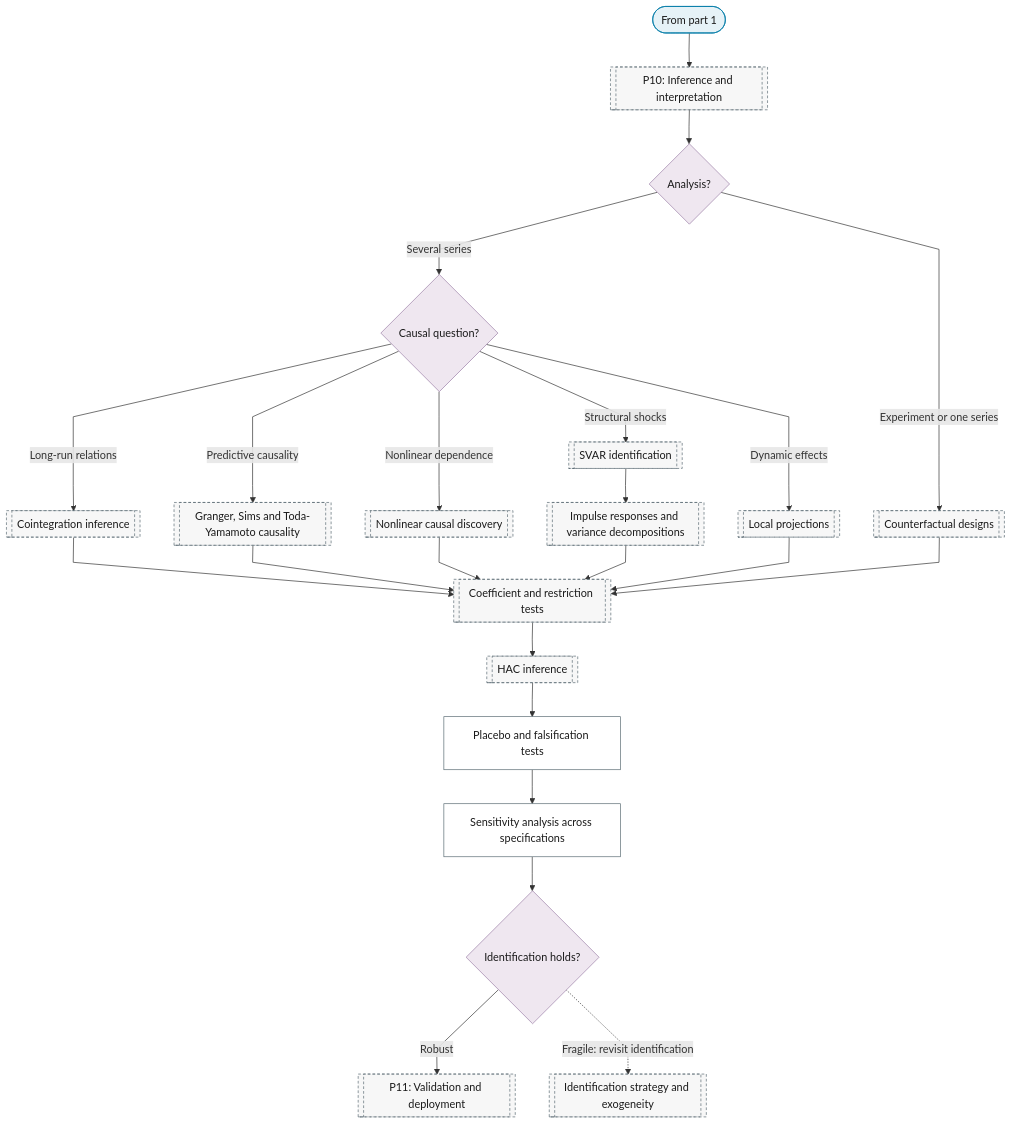
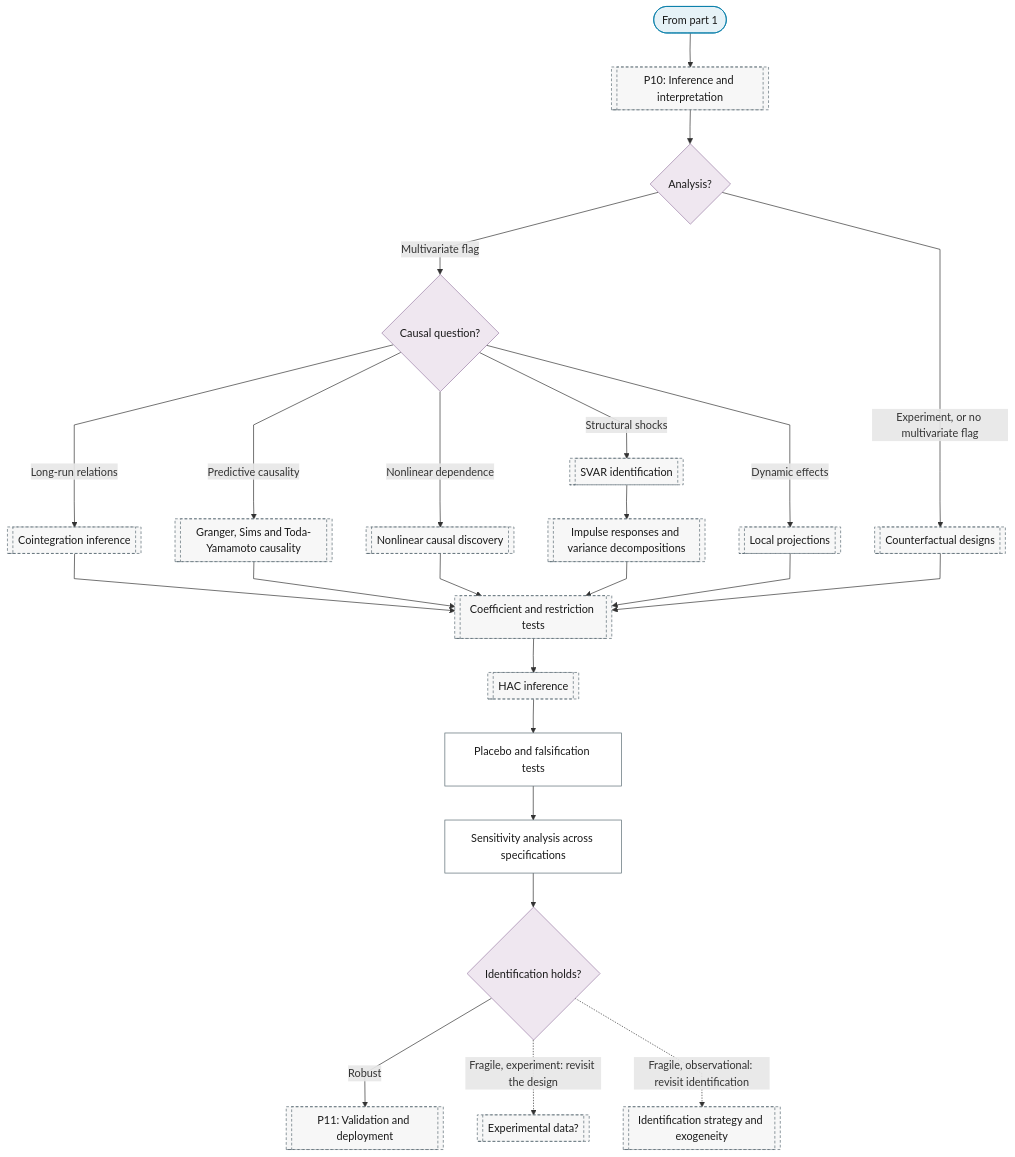
One commit to Shuxin-Y/time-series-analysis-manual changed the second of 2 diagrams in docs/01-workflow/p02-purpose/02-causal-inference.md. Above: the diagram before and after it, drawn with Mermaid.

Commit message:
fix(flowchart): causal analysis and fragile verdicts follow the path taken (rev1 R2-4)
The analysis diamond reads 'Experiment, or no multivariate flag' or
'Multivariate flag'. A fragile verdict loops to the design question on
the experiment path and to identification on the observational path.

````diff
--- a/docs/01-workflow/p02-purpose/02-causal-inference.md
+++ b/docs/01-workflow/p02-purpose/02-causal-inference.md
@@ -48,34 +48,35 @@
 ```mermaid
 %%{init: {"flowchart": {"curve": "linear"}}}%%
 graph TD
     P2_CA_PART_2_IN(["From part 1"]) --> P10[["P10: Inference and interpretation"]]
     P10 --> P2_CA_ANALYSIS{"Analysis?"}
-    P2_CA_ANALYSIS -->|"Experiment or one series"| P10_COUNTERFACTUALS[["Counterfactual designs"]]
-    P2_CA_ANALYSIS -->|"Several series"| P2_CA_QUESTION{"Causal question?"}
+    P2_CA_ANALYSIS -->|"Experiment, or no multivariate flag"| P10_COUNTERFACTUALS[["Counterfactual designs"]]
+    P2_CA_ANALYSIS -->|"Multivariate flag"| P2_CA_QUESTION{"Causal question?"}
     P2_CA_QUESTION -->|"Long-run relations"| P10_COINTEGRATION[["Cointegration inference"]]
     P2_CA_QUESTION -->|"Predictive causality"| P10_GRANGER[["Granger, Sims and Toda-Yamamoto causality"]]
     P2_CA_QUESTION -->|"Nonlinear dependence"| P10_NONLINEAR_CAUSALITY[["Nonlinear causal discovery"]]
     P2_CA_QUESTION -->|"Structural shocks"| P10_SVAR_IDENTIFICATION[["SVAR identification"]]
     P2_CA_QUESTION -->|"Dynamic effects"| P10_LOCAL_PROJECTIONS[["Local projections"]]
     P10_SVAR_IDENTIFICATION --> P10_IRF_FEVD[["Impulse responses and variance decompositions"]]
     P10_COINTEGRATION & P10_GRANGER & P10_NONLINEAR_CAUSALITY & P10_IRF_FEVD --> P10_COEFFICIENT_TESTS[["Coefficient and restriction tests"]]
     P10_LOCAL_PROJECTIONS & P10_COUNTERFACTUALS --> P10_COEFFICIENT_TESTS
     P10_COEFFICIENT_TESTS --> P10_HAC[["HAC inference"]]
     P10_HAC --> P2_CA_PLACEBO["Placebo and falsification tests"]
     P2_CA_PLACEBO --> P2_CA_SENSITIVITY["Sensitivity analysis across specifications"]
     P2_CA_SENSITIVITY --> P2_CA_VERDICT{"Identification holds?"}
     P2_CA_VERDICT -->|"Robust"| P11[["P11: Validation and deployment"]]
-    P2_CA_VERDICT -.->|"Fragile: revisit identification"| P2_CA_IDENTIFICATION[["Identification strategy and exogeneity"]]
+    P2_CA_VERDICT -.->|"Fragile, experiment: revisit the design"| P2_CA_DESIGN[["Experimental data?"]]
+    P2_CA_VERDICT -.->|"Fragile, observational: revisit identification"| P2_CA_IDENTIFICATION[["Identification strategy and exogeneity"]]
     class P2_CA_PART_2_IN terminator
     class P2_CA_ANALYSIS,P2_CA_QUESTION,P2_CA_VERDICT decision
     class P2_CA_PLACEBO,P2_CA_SENSITIVITY process
-    class P10,P10_COUNTERFACTUALS,P10_COINTEGRATION,P10_GRANGER,P10_NONLINEAR_CAUSALITY,P10_SVAR_IDENTIFICATION,P10_LOCAL_PROJECTIONS,P10_IRF_FEVD,P10_COEFFICIENT_TESTS,P10_HAC,P11,P2_CA_IDENTIFICATION ref
+    class P10,P10_COUNTERFACTUALS,P10_COINTEGRATION,P10_GRANGER,P10_NONLINEAR_CAUSALITY,P10_SVAR_IDENTIFICATION,P10_LOCAL_PROJECTIONS,P10_IRF_FEVD,P10_COEFFICIENT_TESTS,P10_HAC,P11,P2_CA_DESIGN,P2_CA_IDENTIFICATION ref
     classDef terminator fill:#E6F2F7,stroke:#007BA7,color:#1A1A1A;
     classDef process fill:#FFFFFF,stroke:#5A6B73,color:#1A1A1A;
     classDef decision fill:#EFE7F0,stroke:#9B7FA7,color:#1A1A1A;
     classDef data fill:#FFF4E0,stroke:#C9A55E,color:#1A1A1A;
     classDef good fill:#DCEFD8,stroke:#4A7A3F,color:#1A1A1A;
     classDef escalate fill:#FFE9C2,stroke:#C9A55E,color:#1A1A1A;
     classDef problem fill:#F2D9DE,stroke:#800020,color:#1A1A1A;
     classDef ref fill:#F7F7F7,stroke:#5A6B73,color:#1A1A1A,stroke-dasharray:4 3;
 ```
````
